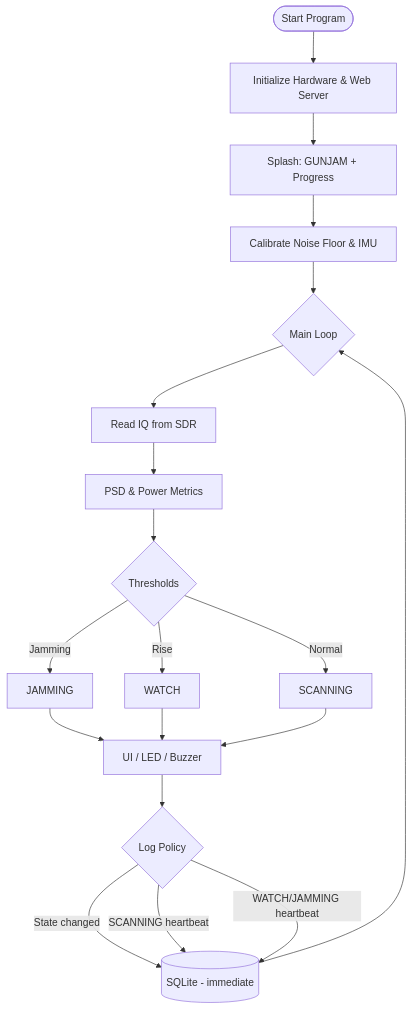
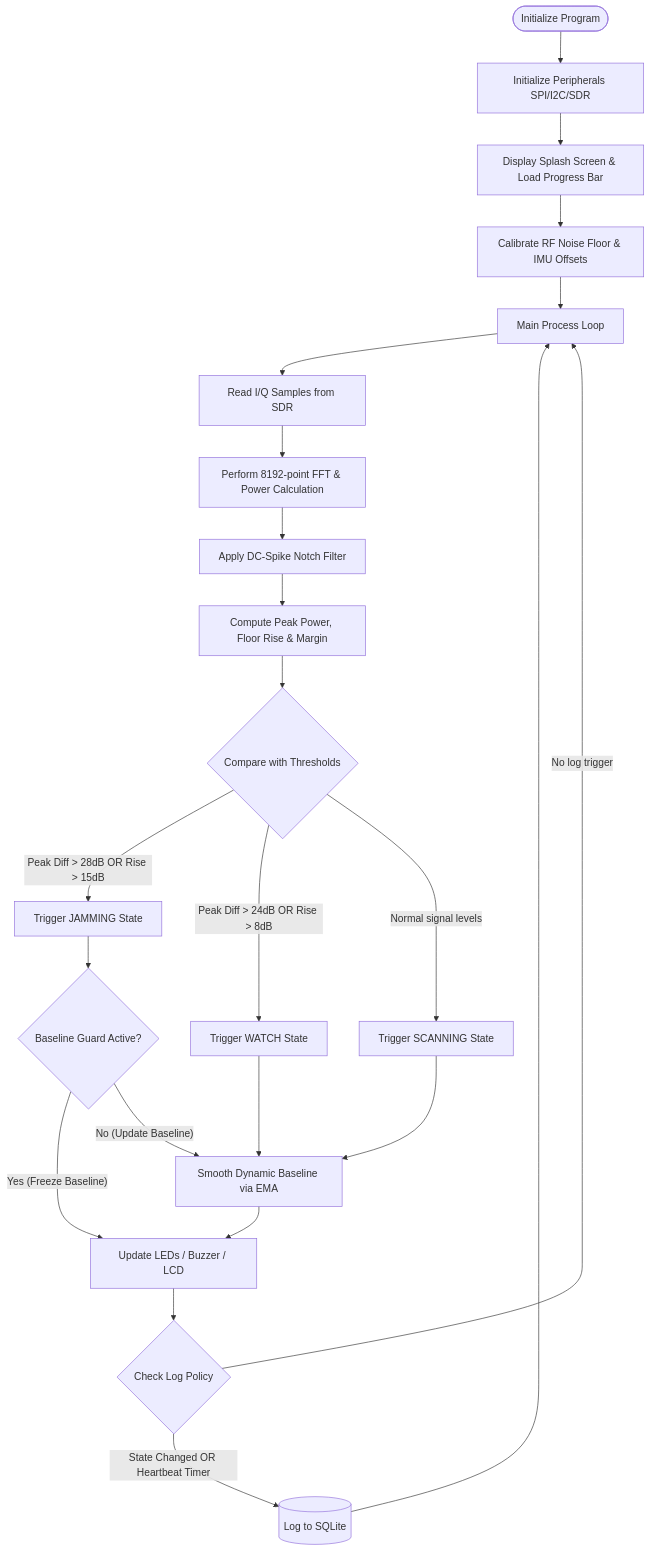
One commit to 67010655/Jamming-Detector-Handheld changed the second of 2 diagrams in README.md. Above: the diagram before and after it, drawn with Mermaid. The commit also changed other lines of this file, not shown here.

Commit message:
Update README.md with professional senior dev architecture and engineering highlights

````diff
--- a/README.md
+++ b/README.md
@@ -80,24 +39,29 @@
 ```mermaid
 flowchart TD
-    Start([Start Program]) --> Init[Initialize Hardware & Web Server]
-    Init --> Splash[Splash: GUNJAM + Progress]
-    Splash --> Calib[Calibrate Noise Floor & IMU]
-    Calib --> Loop{Main Loop}
-    Loop --> Read[Read IQ from SDR]
-    Read --> Power[PSD & Power Metrics]
-    Power --> Check{Thresholds}
+    Start([Initialize Program]) --> Hardware[Initialize Peripherals SPI/I2C/SDR]
+    Hardware --> Splash[Display Splash Screen & Load Progress Bar]
+    Splash --> Calib[Calibrate RF Noise Floor & IMU Offsets]
+    Calib --> Loop[Main Process Loop]
+    Loop --> Read[Read I/Q Samples from SDR]
+    Read --> FFT[Perform 8192-point FFT & Power Calculation]
+    FFT --> DC[Apply DC-Spike Notch Filter]
+    DC --> Metrics[Compute Peak Power, Floor Rise & Margin]
+    Metrics --> Check{Compare with Thresholds}
 
-    Check -- Jamming --> StateJ[JAMMING]
-    Check -- Rise --> StateW[WATCH]
-    Check -- Normal --> StateS[SCANNING]
+    Check -- Peak Diff > 28dB OR Rise > 15dB --> SetJam[Trigger JAMMING State]
+    Check -- Peak Diff > 24dB OR Rise > 8dB --> SetWatch[Trigger WATCH State]
+    Check -- Normal signal levels --> SetScan[Trigger SCANNING State]
 
-    StateJ --> Notify[UI / LED / Buzzer]
-    StateW --> Notify
-    StateS --> Notify
+    SetJam --> Guard{Baseline Guard Active?}
+    SetWatch --> Smooth[Smooth Dynamic Baseline via EMA]
+    SetScan --> Smooth
 
-    Notify --> Log{Log Policy}
-    Log -- State changed --> DB[(SQLite - immediate)]
-    Log -- SCANNING heartbeat --> DB
-    Log -- WATCH/JAMMING heartbeat --> DB
+    Guard -- Yes (Freeze Baseline) --> Notify[Update LEDs / Buzzer / LCD]
+    Guard -- No (Update Baseline) --> Smooth
+    Smooth --> Notify
+
+    Notify --> DbPolicy{Check Log Policy}
+    DbPolicy -- State Changed OR Heartbeat Timer --> DB[(Log to SQLite)]
+    DbPolicy -- No log trigger --> Loop
     DB --> Loop
 ```
````
